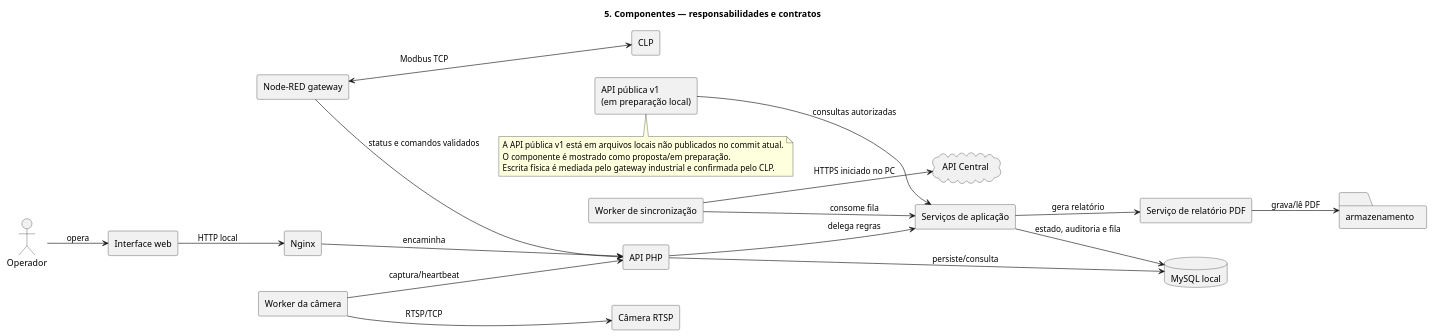
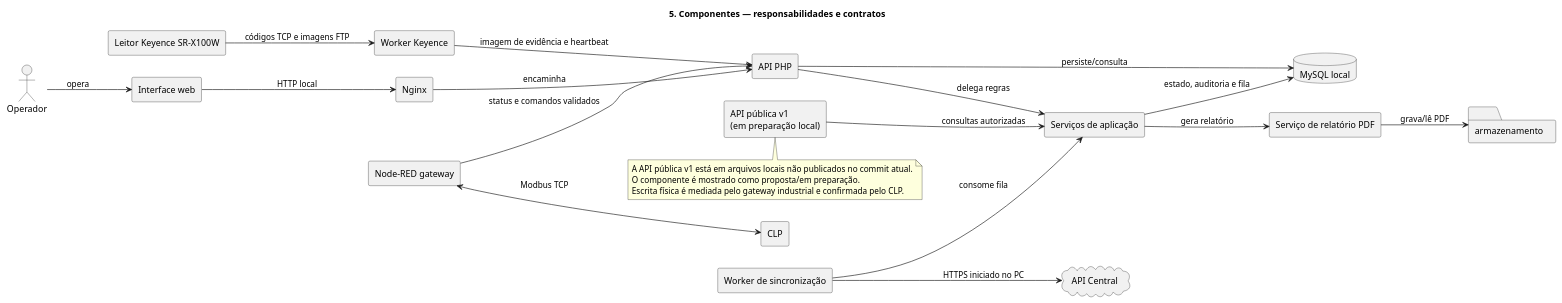
The diagram in documentacao/arquitetura/uml/05-diagrama-de-componentes.puml (VItoraaraujoo/Dallogix-Trace-System), drawn with PlantUML before and after one commit. The commit also changed 127 other files, not shown here.

Commit message:
feat: replace camera integration with Keyence reader

```diff
--- a/documentacao/arquitetura/uml/05-diagrama-de-componentes.puml
+++ b/documentacao/arquitetura/uml/05-diagrama-de-componentes.puml
@@ -1,43 +1,43 @@
 @startuml trace-05-components
 title 5. Componentes — responsabilidades e contratos
 left to right direction
 skinparam componentStyle rectangle
 
 actor Operador
 component "Interface web" as UI
 component "Nginx" as NGINX
 component "API PHP" as API
 component "Serviços de aplicação" as APP
 database "MySQL local" as DB
 component "Node-RED gateway" as NR
-component "Worker da câmera" as CAM
+component "Worker Keyence" as KEYENCE
 component "Worker de sincronização" as SYNC
 component "Serviço de relatório PDF" as PDF
 folder "armazenamento" as STORAGE
 component "CLP" as PLC
-component "Câmera RTSP" as CAMERA
+component "Leitor Keyence SR-X100W" as KEYENCE_READER
 cloud "API Central" as CENTRAL
 component "API pública v1\n(em preparação local)" as PUBLIC_API
 
 Operador --> UI : opera
 UI --> NGINX : HTTP local
 NGINX --> API : encaminha
 API --> APP : delega regras
 API --> DB : persiste/consulta
 APP --> DB : estado, auditoria e fila
 APP --> PDF : gera relatório
 PDF --> STORAGE : grava/lê PDF
 NR --> API : status e comandos validados
 NR <--> PLC : Modbus TCP
-CAM --> CAMERA : RTSP/TCP
-CAM --> API : captura/heartbeat
+KEYENCE_READER --> KEYENCE : códigos TCP e imagens FTP
+KEYENCE --> API : imagem de evidência e heartbeat
 SYNC --> APP : consome fila
 SYNC --> CENTRAL : HTTPS iniciado no PC
 PUBLIC_API --> APP : consultas autorizadas
 
 note bottom
 A API pública v1 está em arquivos locais não publicados no commit atual.
 O componente é mostrado como proposta/em preparação.
 Escrita física é mediada pelo gateway industrial e confirmada pelo CLP.
 end note
 @enduml
```
